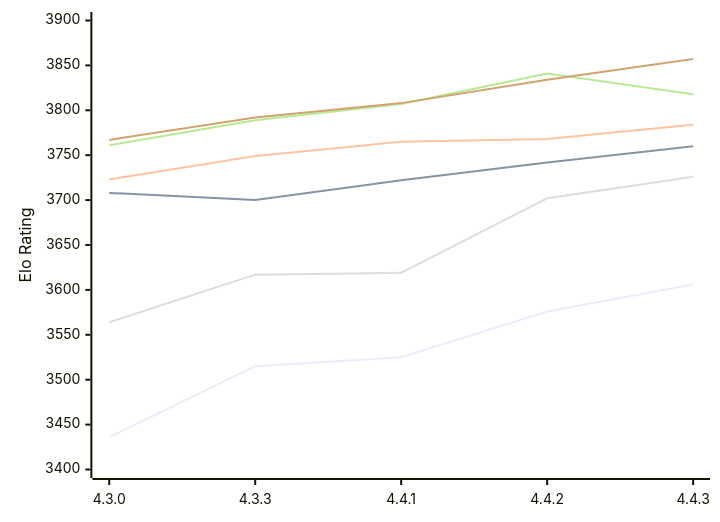
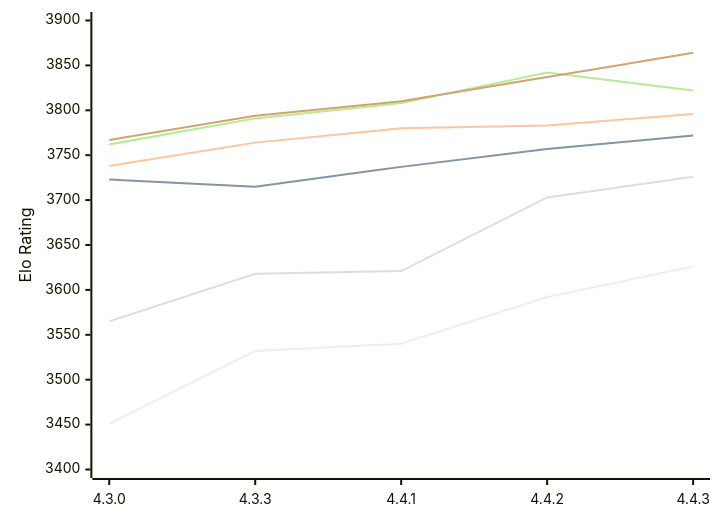
One commit to computer-chess-index/cci changed the first of 2 diagrams in engines/Gaia.md. Above: the diagram before and after it, drawn with Mermaid. The commit also changed other lines of this file, not shown here.

Commit message:
Update CCI Ratings (ELO VLTC) - 2026-11-11

````diff
--- a/engines/Gaia.md
+++ b/engines/Gaia.md
@@ -61,12 +61,12 @@
 ```mermaid
 %%{init: {"theme":"base","themeVariables":{"seriesColors:['#a3a3a3','#222221','#faa371']}}}%%
 xychart-beta
   x-axis ["4.3.0", "4.3.3", "4.4.1", "4.4.2", "4.4.3"]
   y-axis "Elo Rating" 3400 --> 3900
-  line "E1: STC (8.0+0.08s)" [3436, 3515, 3525, 3576, 3606]
-  line "E1: LTC (60.0+0.60s)" [3708, 3700, 3722, 3742, 3760]
-  line "E1: VLTC (2m24s+1.12s)" [3723, 3749, 3765, 3768, 3784]
-  line "P1: STC (8.0+0.08s)" [3564, 3617, 3619, 3702, 3726]
-  line "P1: LTC (60.0+0.60s)" [3761, 3789, 3807, 3841, 3818]
-  line "P1: VLTC (2m24s+1.12s)" [3767, 3792, 3808, 3834, 3857]
+  line "E1: STC (8.0+0.08s)" [3451, 3532, 3540, 3592, 3626]
+  line "E1: LTC (60.0+0.60s)" [3723, 3715, 3737, 3757, 3772]
+  line "E1: VLTC (2m24s+1.12s)" [3738, 3764, 3780, 3783, 3796]
+  line "P1: STC (8.0+0.08s)" [3565, 3618, 3621, 3703, 3726]
+  line "P1: LTC (60.0+0.60s)" [3762, 3791, 3808, 3842, 3822]
+  line "P1: VLTC (2m24s+1.12s)" [3767, 3794, 3810, 3837, 3864]
 ```
````
